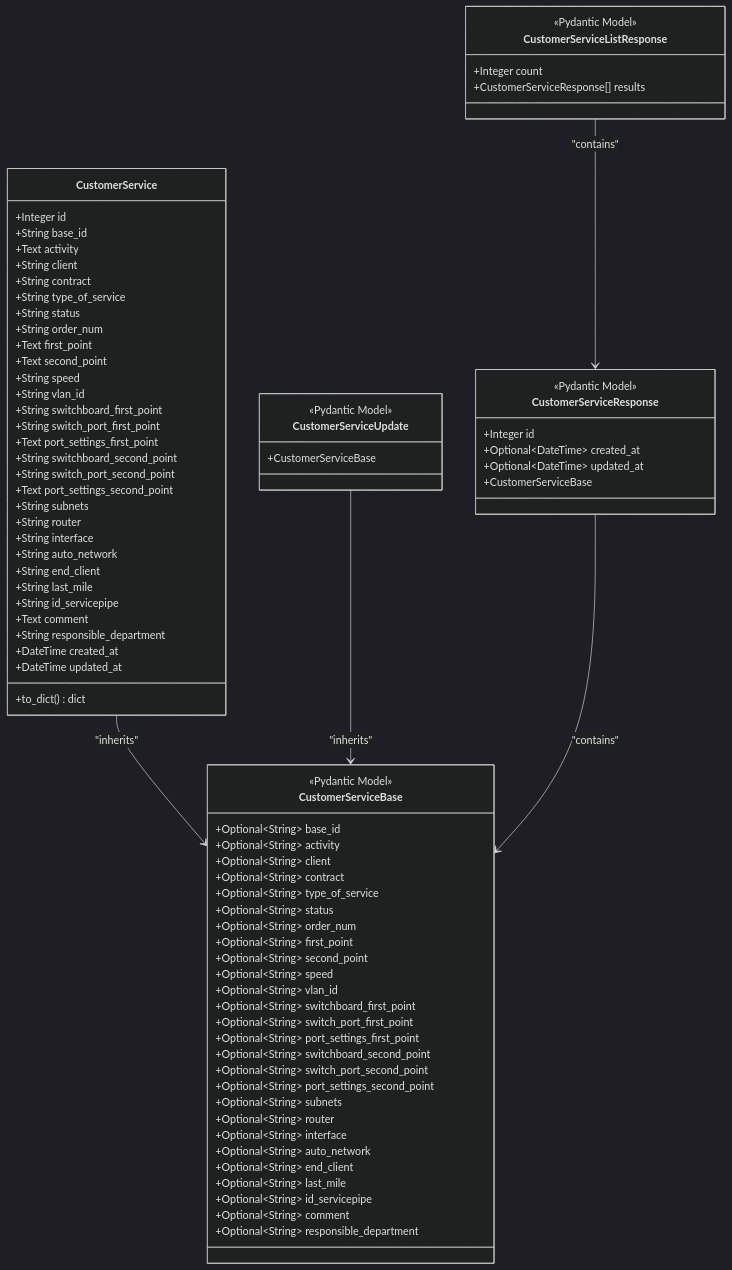
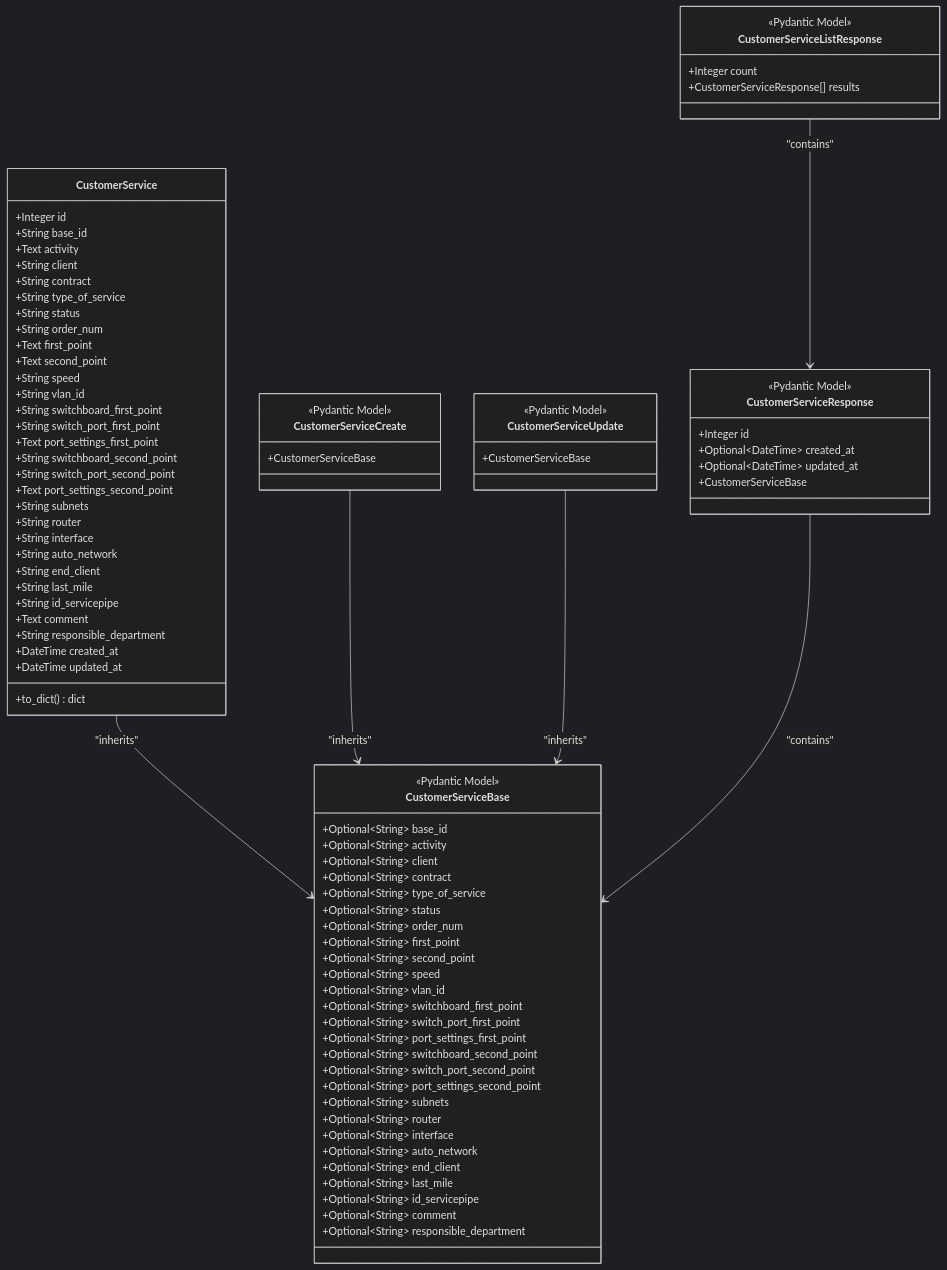
The third of 7 diagrams in .qoder/repowiki/en/content/Customer Services Enhancement.md (Nikita5543/New-SSO-02), drawn with Mermaid (dark theme) before and after one commit. The commit also changed other lines of this file and 3 other files, not shown here.

```diff
--- a/.qoder/repowiki/en/content/Customer Services Enhancement.md
+++ b/.qoder/repowiki/en/content/Customer Services Enhancement.md
@@ -231,6 +248,10 @@
 +Optional~String~ comment
 +Optional~String~ responsible_department
 }
+class CustomerServiceCreate {
+<<Pydantic Model>>
++CustomerServiceBase
+}
 class CustomerServiceUpdate {
 <<Pydantic Model>>
 +CustomerServiceBase
@@ -248,6 +269,7 @@
 +CustomerServiceResponse[] results
 }
 CustomerService --> CustomerServiceBase : "inherits"
+CustomerServiceCreate --> CustomerServiceBase : "inherits"
 CustomerServiceUpdate --> CustomerServiceBase : "inherits"
 CustomerServiceResponse --> CustomerServiceBase : "contains"
 CustomerServiceListResponse --> CustomerServiceResponse : "contains"
```
